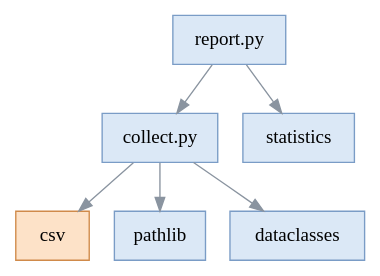
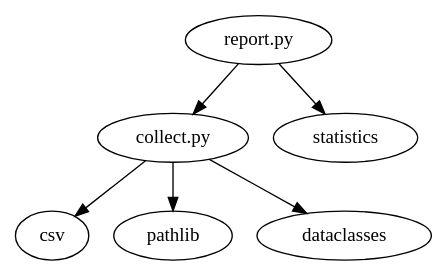
Before and after one commit to samiblog/lectern: the second of 2 diagrams in samples/guide/07-차트.md, drawn with Graphviz. The commit also changed other lines of this file and 34 other files, not shown here.

````diff
--- a/samples/guide/07-차트.md
+++ b/samples/guide/07-차트.md
@@ -250,9 +251,8 @@
 ```graphviz
 digraph 의존 {
-  node [shape=box, style=filled, fillcolor="#dbe8f6", color="#7a9cc6"];
-  edge [color="#8a94a0"];
   "report.py" -> "collect.py" -> {"csv" "pathlib" "dataclasses"};
   "report.py" -> "statistics";
-  "csv" [fillcolor="#fde2c8", color="#d08a4a"];
+  "report.py" [class="key"];
+  "csv" [class="warn"];
 }
 ```
````
